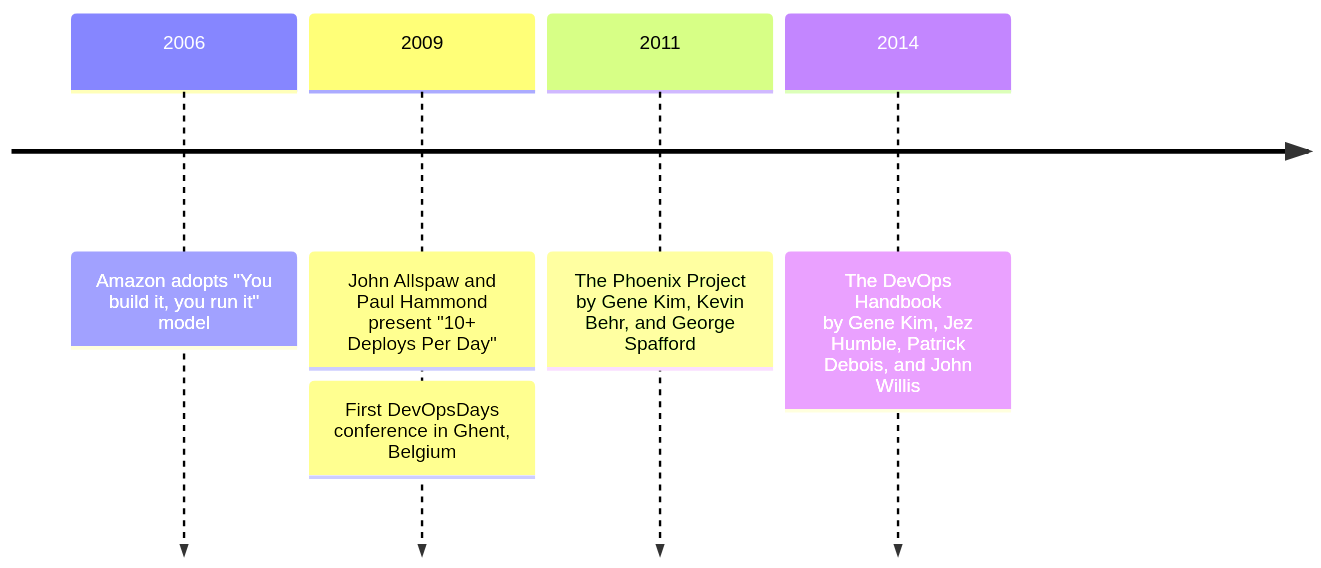
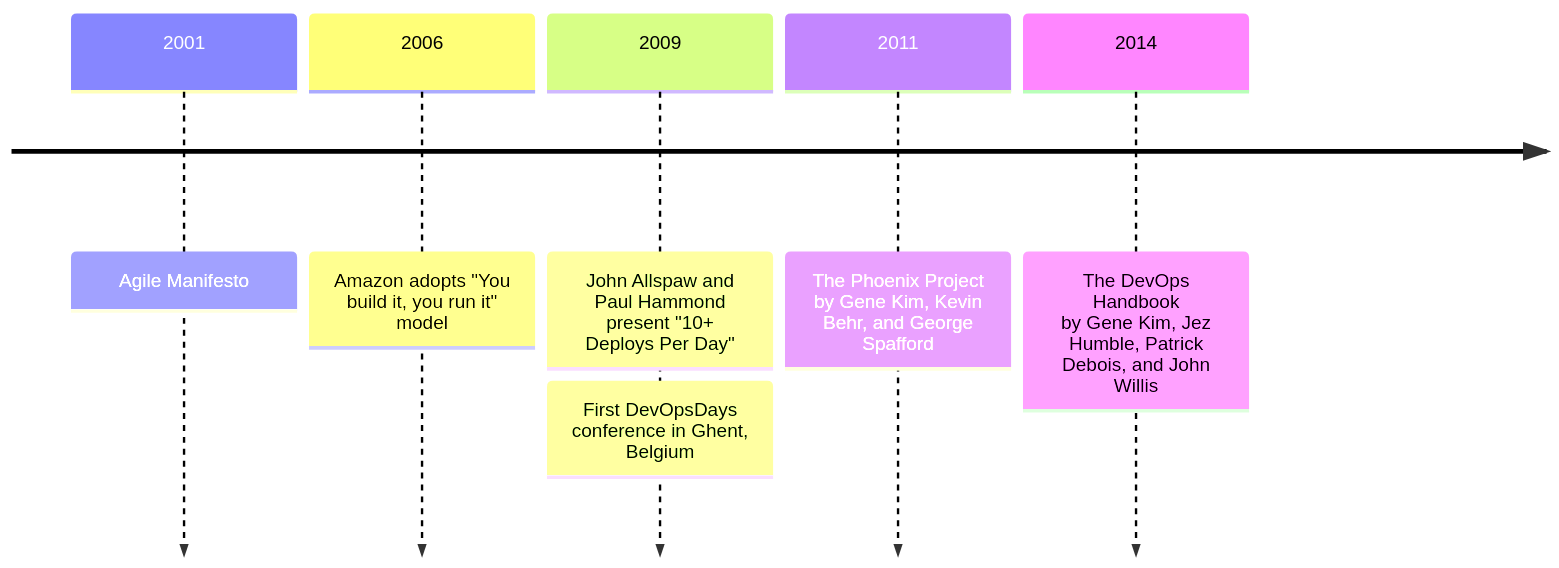
The second of 7 diagrams in slides.md (robstrader/presentation-devops-cicd), drawn with Mermaid before and after one commit. The commit also changed other lines of this file, not shown here.

Commit message:
feat: update timeline

````diff
--- a/slides.md
+++ b/slides.md
@@ -251,8 +259,9 @@
 ```mermaid {alt: 'A brief history of DevOps', scale: 0.8}
 timeline
+    2001 : Agile Manifesto
     2006 : Amazon adopts "You build it, you run it" model
     2009 : John Allspaw and Paul Hammond present "10+ Deploys Per Day"
          : First DevOpsDays conference in Ghent, Belgium
     2011 : The Phoenix Project <br>by Gene Kim, Kevin Behr, and George Spafford
     2014 : The DevOps Handbook <br>by Gene Kim, Jez Humble, Patrick Debois, and John Willis
 ```
````
